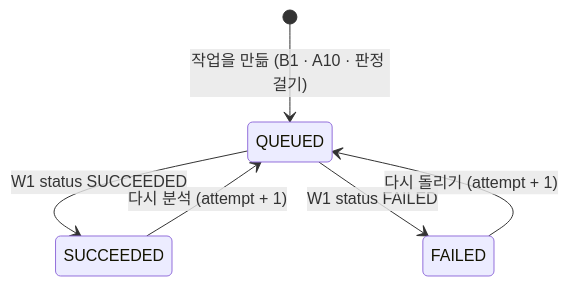
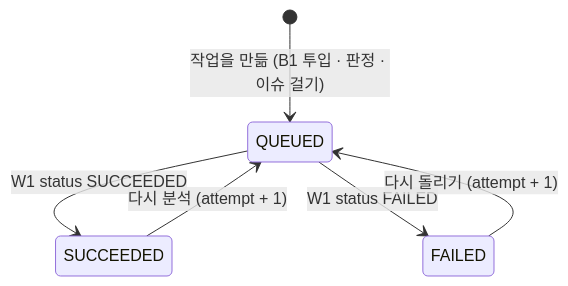
Before and after one commit to a102-NEWLEARN/NEW-LEARN: the third of 3 diagrams in docs/api-internal.md, drawn with Mermaid. The commit also changed other lines of this file and 2 other files, not shown here.

````diff
--- a/docs/api-internal.md
+++ b/docs/api-internal.md
@@ -180,8 +216,8 @@
 ```mermaid
 stateDiagram-v2
-  [*] --> QUEUED: 작업을 만듦 (B1 · A10 · 판정 걸기)
+  [*] --> QUEUED: 작업을 만듦 (B1 투입 · 판정 · 이슈 걸기)
   QUEUED --> SUCCEEDED: W1 status SUCCEEDED
   QUEUED --> FAILED: W1 status FAILED
   FAILED --> QUEUED: 다시 돌리기 (attempt + 1)
   SUCCEEDED --> QUEUED: 다시 분석 (attempt + 1)
 ```
````
